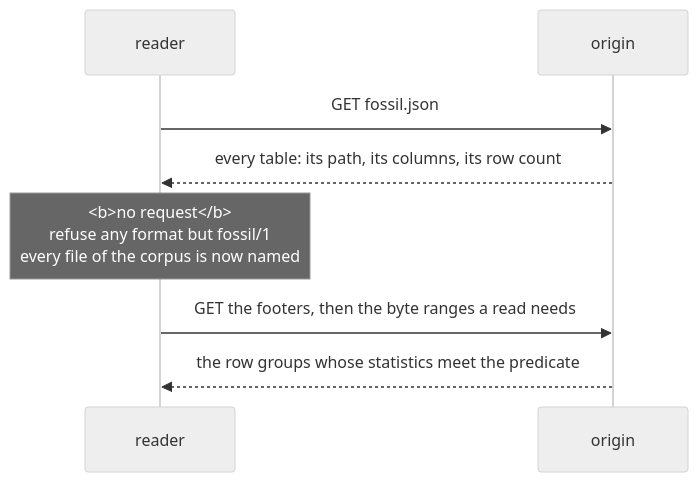
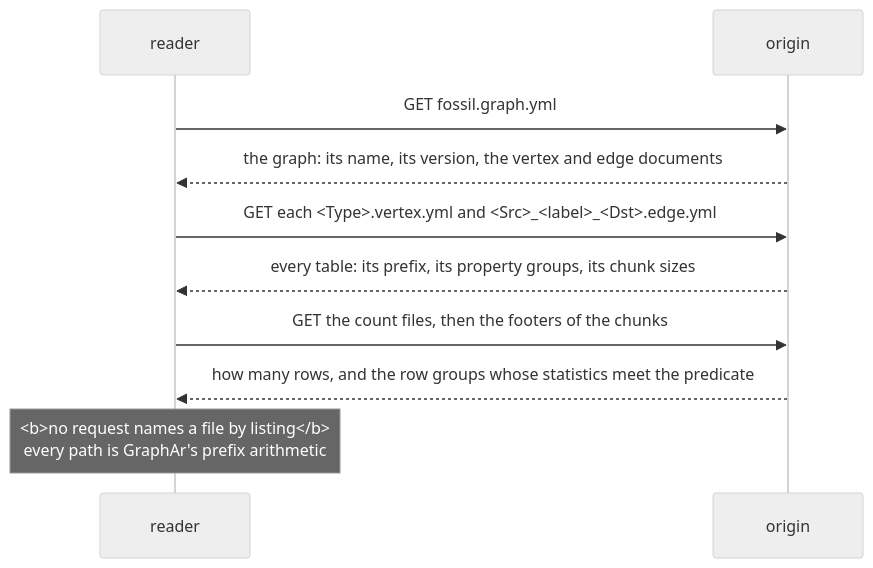
The diagram in docs/content/docs/format/reading/without-fossil.mdx (Kanzo-Tech/fossil-lang), drawn with Mermaid (neutral theme) before and after one commit. The commit also changed other lines of this file and 9 other files, not shown here.

First line of the commit message:
docs(format): specify an Apache GraphAr graph plus mapping.ttl

````diff
--- a/docs/content/docs/format/reading/without-fossil.mdx
+++ b/docs/content/docs/format/reading/without-fossil.mdx
@@ -12,10 +12,12 @@
 ```mermaid
 sequenceDiagram
   participant R as reader
   participant O as origin
-  R->>O: GET fossil.json
-  O-->>R: every table: its path, its columns, its row count
-  Note over R: <b>no request</b><br/>refuse any format but fossil/1<br/>every file of the corpus is now named
-  R->>O: GET the footers, then the byte ranges a read needs
-  O-->>R: the row groups whose statistics meet the predicate
+  R->>O: GET fossil.graph.yml
+  O-->>R: the graph: its name, its version, the vertex and edge documents
+  R->>O: GET each <Type>.vertex.yml and <Src>_<label>_<Dst>.edge.yml
+  O-->>R: every table: its prefix, its property groups, its chunk sizes
+  R->>O: GET the count files, then the footers of the chunks
+  O-->>R: how many rows, and the row groups whose statistics meet the predicate
+  Note over R: <b>no request names a file by listing</b><br/>every path is GraphAr's prefix arithmetic
 ```
````
